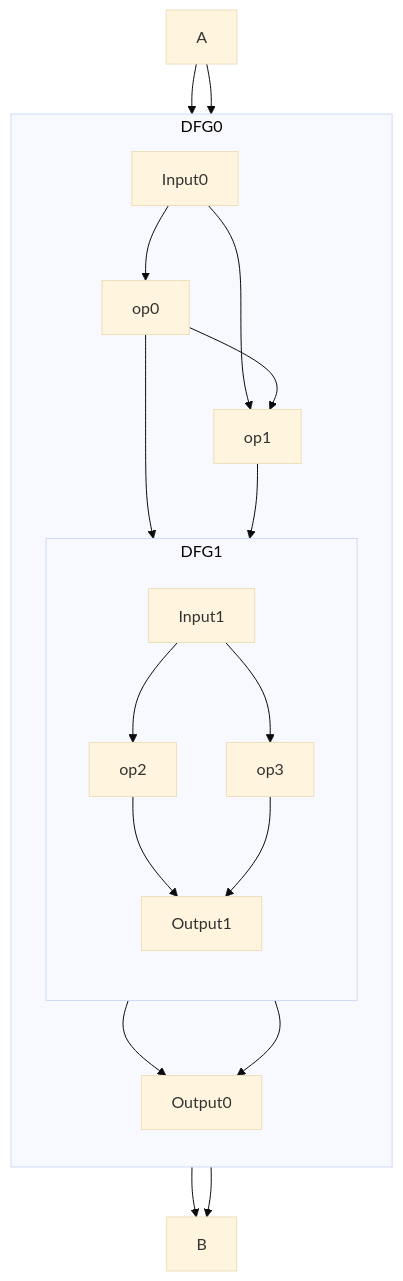
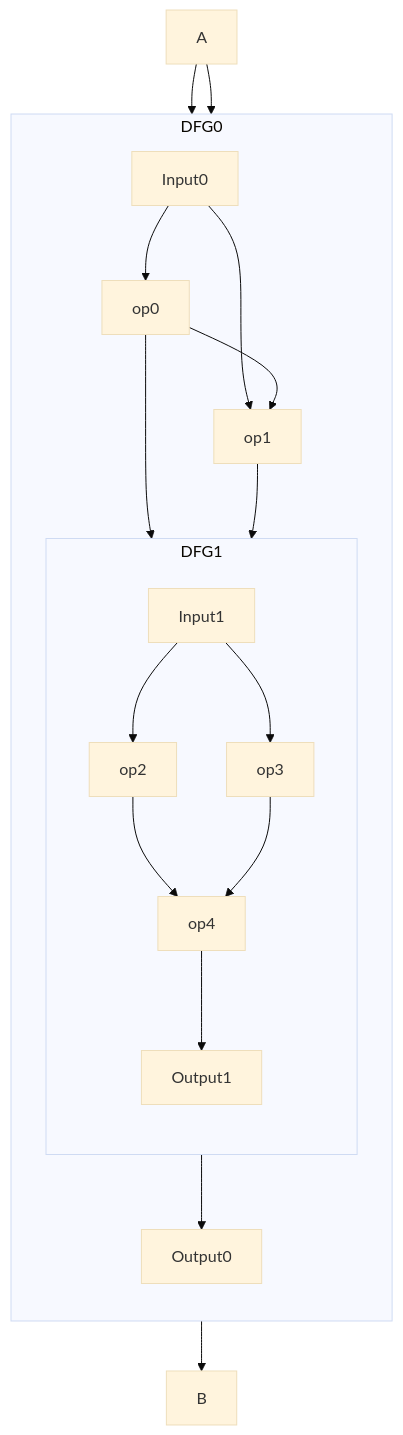
Before and after one commit to CQCL/hugr: the second of 6 diagrams in specification/hugr.md, drawn with Mermaid (base theme). The commit also changed other lines of this file, not shown here.

Commit message:
Add an extra op to make the diagrams render more nicely.

````diff
--- a/specification/hugr.md
+++ b/specification/hugr.md
@@ -317,25 +317,24 @@
 ```mermaid
 flowchart
     direction TB
     subgraph DFG0
         direction TB
         Input0 --> op0
         Input0 --> op1
         op0 --> op1
         subgraph DFG1
             direction TB
             Input1 --> op2
             Input1 --> op3
-            op2 --> Output1
-            op3 --> Output1
+            op2 --> op4
+            op3 --> op4
+            op4 --> Output1
         end
         op0 --> DFG1
         op1 --> DFG1
-        DFG1 --> Output0
         DFG1 --> Output0
     end
     A --> DFG0
     A --> DFG0
     DFG0 --> B
-    DFG0 --> B
 ```
````
